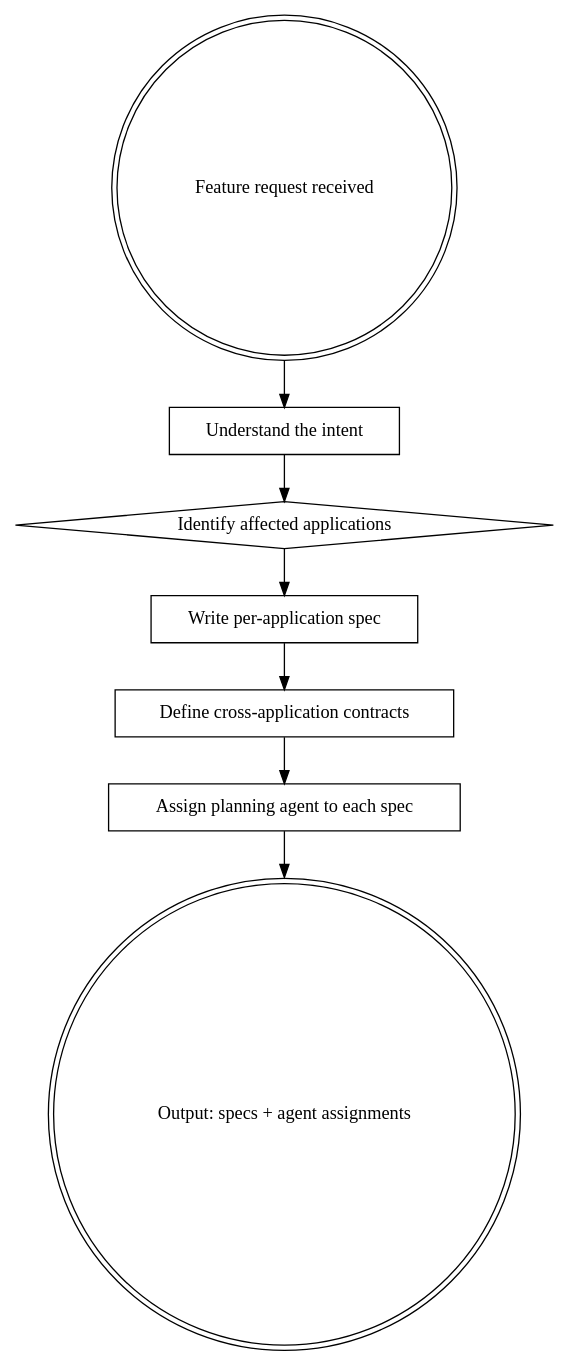
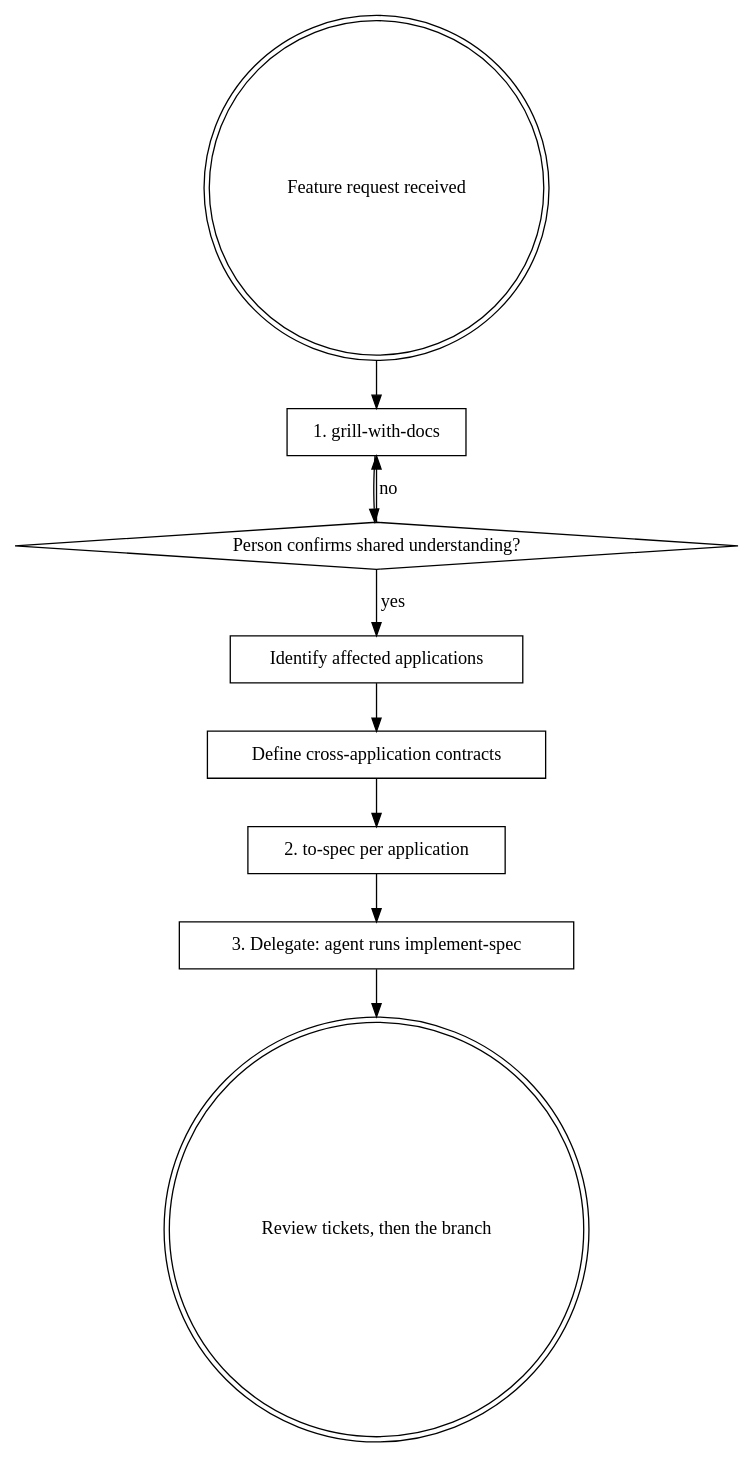
Before and after one commit to rfbatista/harness: the diagram in agents/skills/feature-architecture/SKILL.md, drawn with Graphviz. The commit also changed other lines of this file and 84 other files, not shown here.

First line of the commit message:
feat(agents): vendor mattpocock skills; architect grills, specs, delegates implement-spec

````diff
--- a/agents/skills/feature-architecture/SKILL.md
+++ b/agents/skills/feature-architecture/SKILL.md
@@ -22,18 +24,21 @@
 ```dot
 digraph architect {
     "Feature request received" [shape=doublecircle];
-    "Understand the intent" [shape=box];
-    "Identify affected applications" [shape=diamond];
-    "Write per-application spec" [shape=box];
-    "Assign planning agent to each spec" [shape=box];
+    "1. grill-with-docs" [shape=box];
+    "Person confirms shared understanding?" [shape=diamond];
+    "Identify affected applications" [shape=box];
     "Define cross-application contracts" [shape=box];
-    "Output: specs + agent assignments" [shape=doublecircle];
+    "2. to-spec per application" [shape=box];
+    "3. Delegate: agent runs implement-spec" [shape=box];
+    "Review tickets, then the branch" [shape=doublecircle];
 
-    "Feature request received" -> "Understand the intent";
-    "Understand the intent" -> "Identify affected applications";
-    "Identify affected applications" -> "Write per-application spec";
-    "Write per-application spec" -> "Define cross-application contracts";
-    "Define cross-application contracts" -> "Assign planning agent to each spec";
-    "Assign planning agent to each spec" -> "Output: specs + agent assignments";
+    "Feature request received" -> "1. grill-with-docs";
+    "1. grill-with-docs" -> "Person confirms shared understanding?";
+    "Person confirms shared understanding?" -> "1. grill-with-docs" [label="no"];
+    "Person confirms shared understanding?" -> "Identify affected applications" [label="yes"];
+    "Identify affected applications" -> "Define cross-application contracts";
+    "Define cross-application contracts" -> "2. to-spec per application";
+    "2. to-spec per application" -> "3. Delegate: agent runs implement-spec";
+    "3. Delegate: agent runs implement-spec" -> "Review tickets, then the branch";
 }
 ```
````
